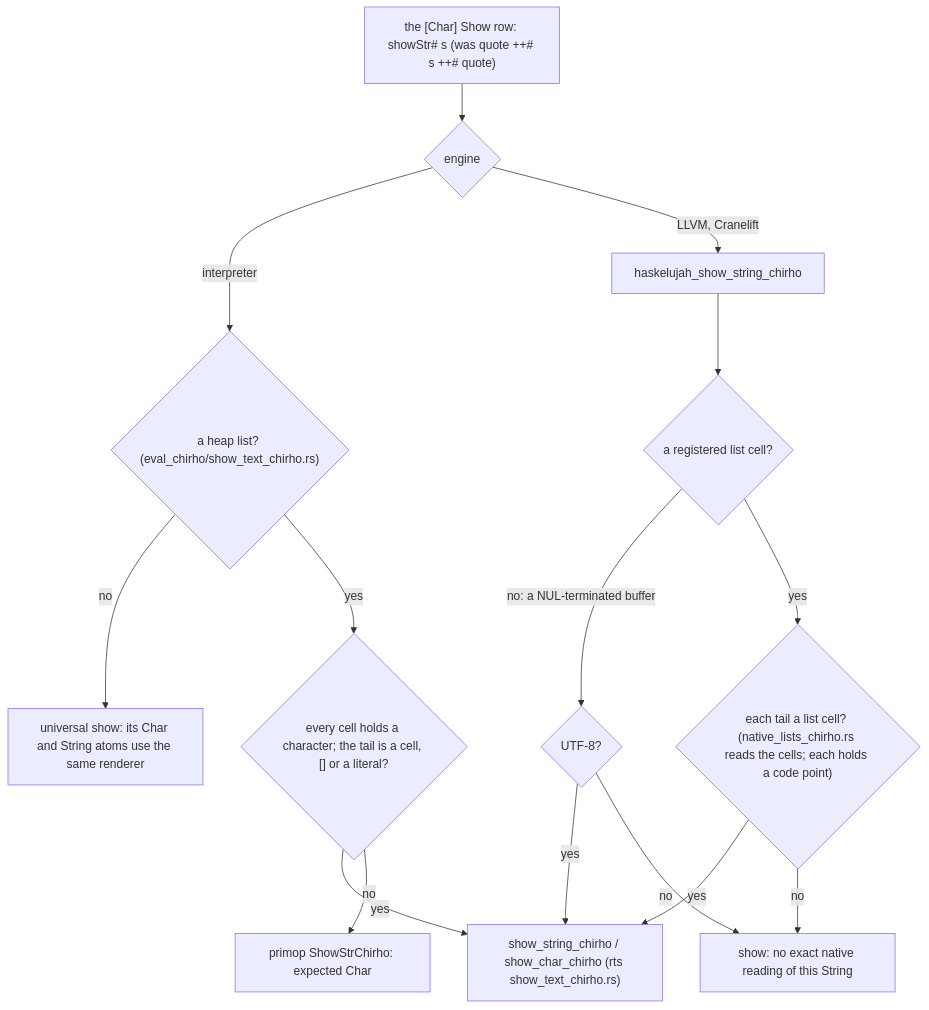
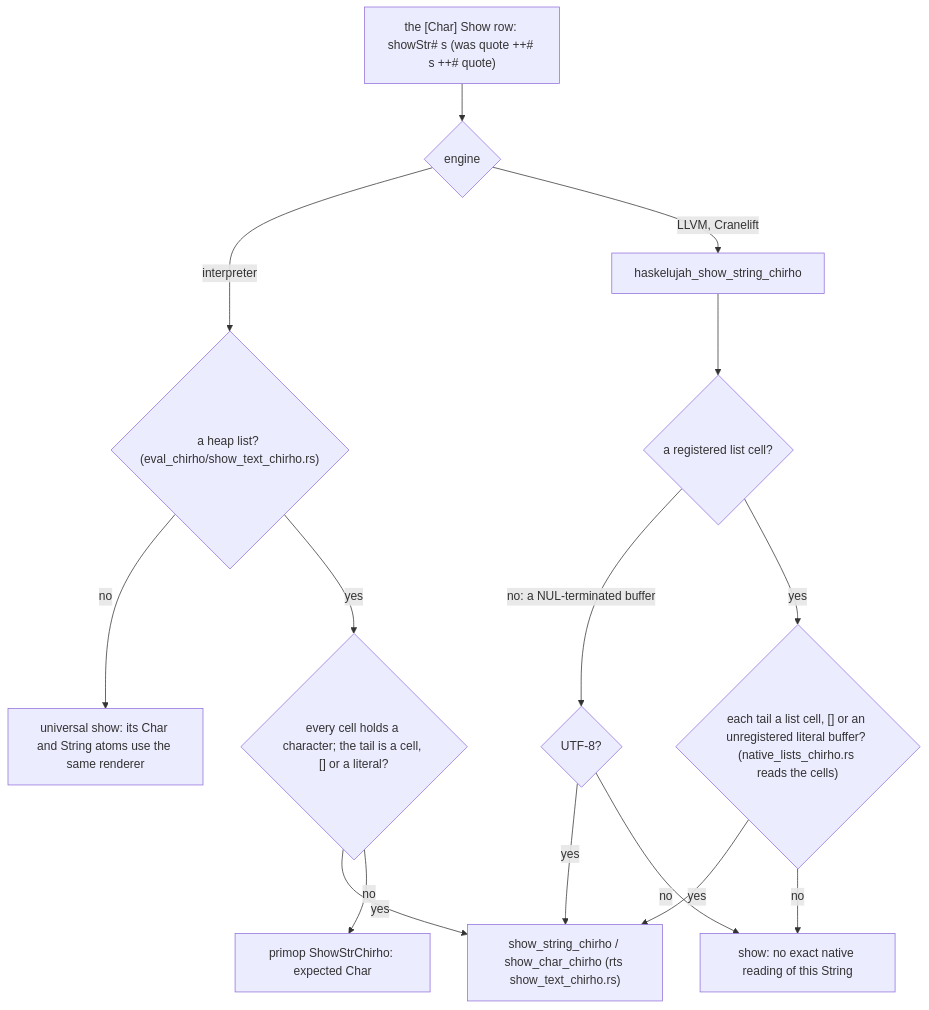
Before and after one commit to loveJesus/haskelujah-chirho: the third of 3 diagrams in spec-chirho/workflows-chirho/print-show-evidence-chirho.md, drawn with Mermaid. The commit also changed other lines of this file and 6 other files, not shown here.

````diff
--- a/spec-chirho/workflows-chirho/print-show-evidence-chirho.md
+++ b/spec-chirho/workflows-chirho/print-show-evidence-chirho.md
@@ -164,17 +164,17 @@
 ```mermaid
 flowchart TD
     row_st_chirho["the [Char] Show row: showStr# s (was quote ++# s ++# quote)"] --> engine_st_chirho{engine}
     engine_st_chirho -->|interpreter| interp_st_chirho{"a heap list? (eval_chirho/show_text_chirho.rs)"}
     interp_st_chirho -->|no| universal_st_chirho[universal show: its Char and String atoms use the same renderer]
     interp_st_chirho -->|yes| cells_st_chirho{"every cell holds a character; the tail is a cell, [] or a literal?"}
     cells_st_chirho -->|yes| core_st_chirho["show_string_chirho / show_char_chirho (rts show_text_chirho.rs)"]
     cells_st_chirho -->|no| interp_fail_st_chirho["primop ShowStrChirho: expected Char"]
     engine_st_chirho -->|LLVM, Cranelift| native_st_chirho["haskelujah_show_string_chirho"]
     native_st_chirho --> repr_st_chirho{"a registered list cell?"}
     repr_st_chirho -->|"no: a NUL-terminated buffer"| utf8_st_chirho{UTF-8?}
     utf8_st_chirho -->|yes| core_st_chirho
-    repr_st_chirho -->|yes| walk_st_chirho{"each tail a list cell? (native_lists_chirho.rs reads the cells; each holds a code point)"}
+    repr_st_chirho -->|yes| walk_st_chirho{"each tail a list cell, [] or an unregistered literal buffer? (native_lists_chirho.rs reads the cells)"}
     walk_st_chirho -->|yes| core_st_chirho
     utf8_st_chirho -->|no| native_fail_st_chirho["show: no exact native reading of this String"]
     walk_st_chirho -->|no| native_fail_st_chirho
 ```
````
